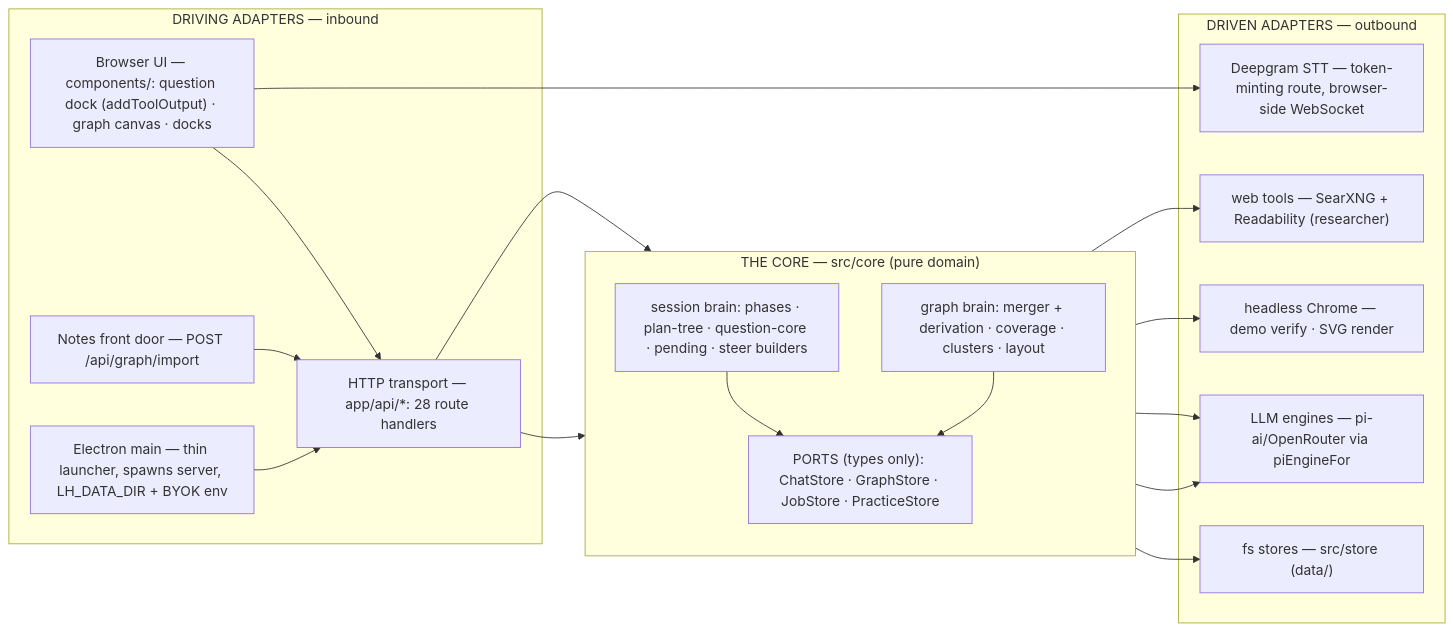
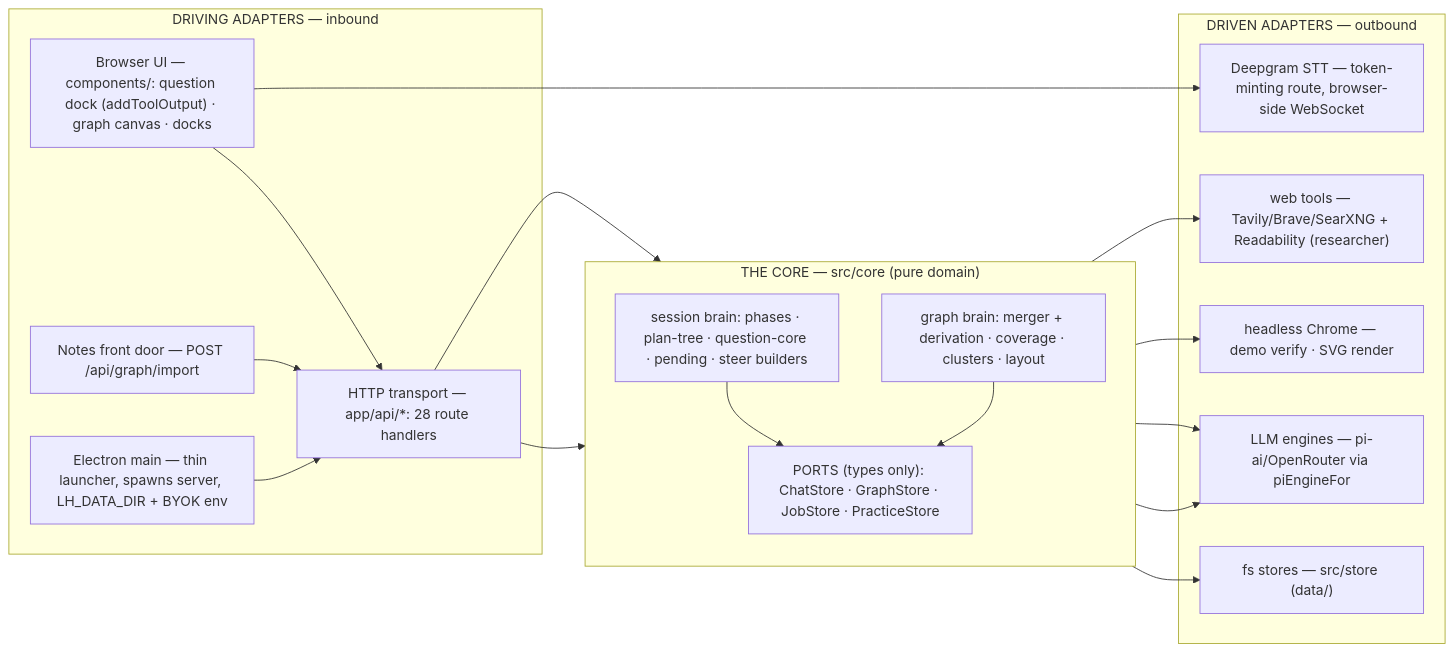
One commit to overcuriousity/learnharness changed the second of 7 diagrams in docs/architecture.md. Above: the diagram before and after it, drawn with Mermaid. The commit also changed other lines of this file and 25 other files, not shown here.

First line of the commit message:
Search: keep Tavily and Brave, add SearXNG as a third engine

````diff
--- a/docs/architecture.md
+++ b/docs/architecture.md
@@ -171,38 +171,38 @@
 ```mermaid
 flowchart LR
     subgraph DRIVING["DRIVING ADAPTERS — inbound"]
         BROWSER["Browser UI — components/: question dock (addToolOutput) · graph canvas · docks"]
         HTTP["HTTP transport — app/api/*: 28 route handlers"]
         NOTES["Notes front door — POST /api/graph/import"]
         ELEC["Electron main — thin launcher, spawns server, LH_DATA_DIR + BYOK env"]
     end
 
     subgraph HEXCORE["THE CORE — src/core (pure domain)"]
         direction TB
         SESS["session brain: phases · plan-tree · question-core · pending · steer builders"]
         GBRAIN["graph brain: merger + derivation · coverage · clusters · layout"]
         PORTSBOX["PORTS (types only): ChatStore · GraphStore · JobStore · PracticeStore"]
     end
 
     subgraph DRIVEN["DRIVEN ADAPTERS — outbound"]
         FS["fs stores — src/store (data/)"]
         LLM["LLM engines — pi-ai/OpenRouter via piEngineFor"]
         HEAD["headless Chrome — demo verify · SVG render"]
         DEEP["Deepgram STT — token-minting route, browser-side WebSocket"]
-        WEB["web tools — SearXNG + Readability (researcher)"]
+        WEB["web tools — Tavily/Brave/SearXNG + Readability (researcher)"]
     end
 
     BROWSER --> HTTP
     NOTES --> HTTP
     ELEC --> HTTP
     HTTP --> SESS
     HTTP --> GBRAIN
     SESS --> PORTSBOX
     GBRAIN --> PORTSBOX
     PORTSBOX --> FS
     SESS --> LLM
     GBRAIN --> LLM
     SESS --> HEAD
     SESS --> WEB
     BROWSER --> DEEP
 ```
````
